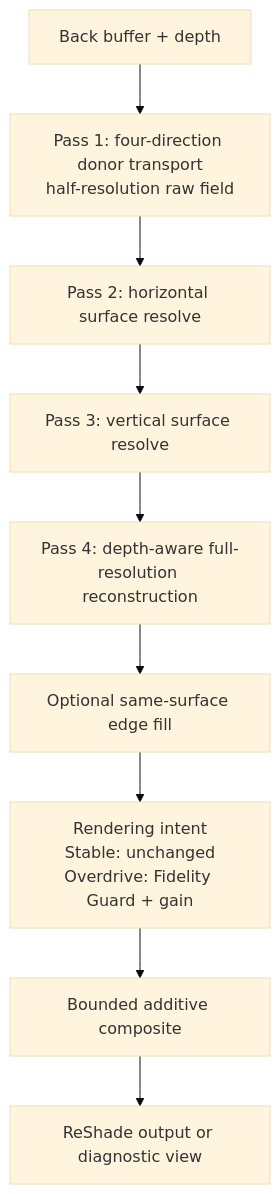
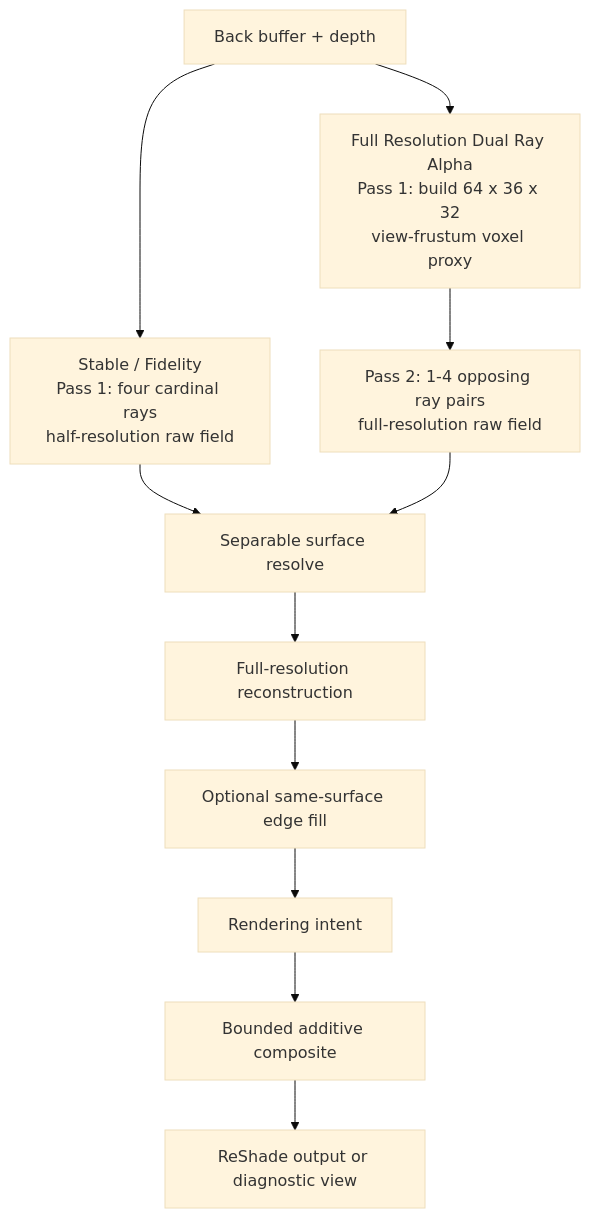
Before and after one commit to alia-june/Lunar-Flower: the diagram in Twin-Lanterns/README.md, drawn with Mermaid (base theme). The commit also changed other lines of this file and 17 other files, not shown here.

Commit message:
Publish Full Resolution Dual Ray Alpha

````diff
--- a/Twin-Lanterns/README.md
+++ b/Twin-Lanterns/README.md
@@ -62,11 +62,13 @@
 ```mermaid
 flowchart TD
-    A["Back buffer + depth"] --> B["Pass 1: four-direction donor transport<br/>half-resolution raw field"]
-    B --> C["Pass 2: horizontal surface resolve"]
-    C --> D["Pass 3: vertical surface resolve"]
-    D --> E["Pass 4: depth-aware full-resolution reconstruction"]
+    A["Back buffer + depth"] --> B["Stable / Fidelity<br/>Pass 1: four cardinal rays<br/>half-resolution raw field"]
+    A --> V["Full Resolution Dual Ray Alpha<br/>Pass 1: build 64 x 36 x 32<br/>view-frustum voxel proxy"]
+    V --> R["Pass 2: 1-4 opposing ray pairs<br/>full-resolution raw field"]
+    B --> C["Separable surface resolve"]
+    R --> C
+    C --> E["Full-resolution reconstruction"]
     E --> F["Optional same-surface edge fill"]
-    F --> G["Rendering intent<br/>Stable: unchanged<br/>Overdrive: Fidelity Guard + gain"]
+    F --> G["Rendering intent"]
     G --> H["Bounded additive composite"]
     H --> I["ReShade output or diagnostic view"]
 ```
````
